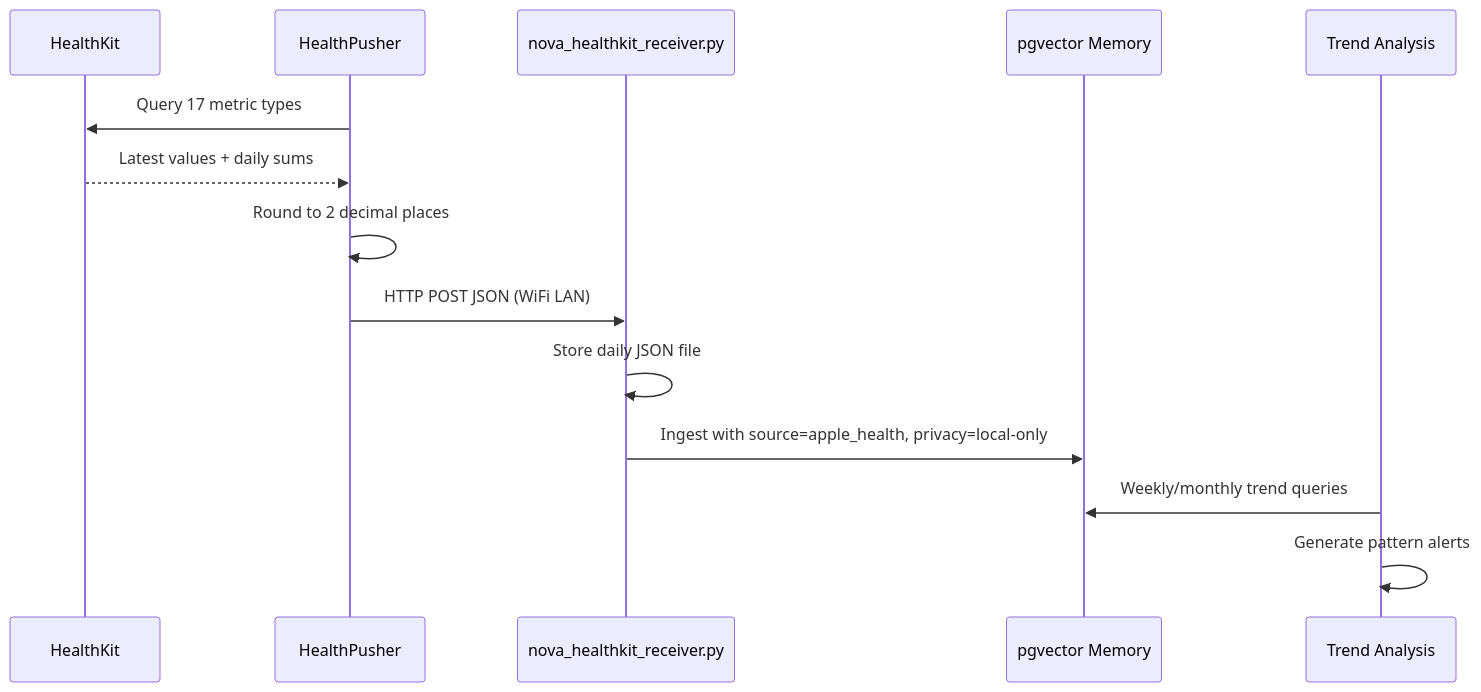
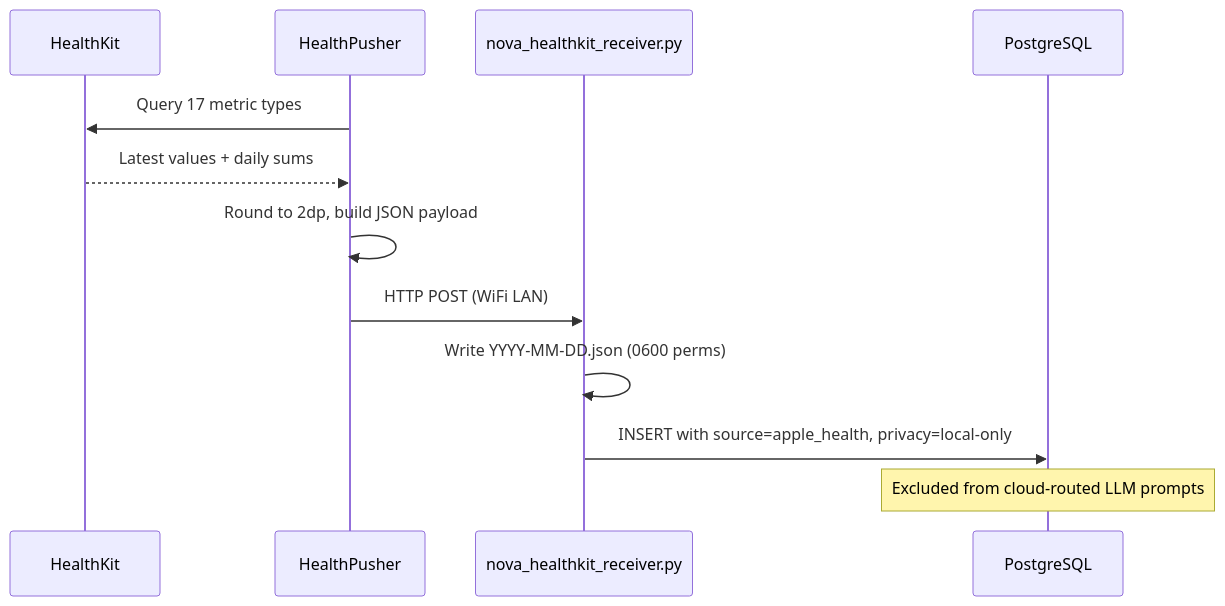
One commit to kochj23/NovaHealth changed the second of 2 diagrams in README.md. Above: the diagram before and after it, drawn with Mermaid. The commit also changed other lines of this file, not shown here.

Commit message:
docs: rewrite README — updated memory count to 1.48M, cleaner Mermaid diagrams

````diff
--- a/README.md
+++ b/README.md
@@ -42,17 +39,15 @@
 ```mermaid
 sequenceDiagram
     participant HealthKit
-    participant HealthPusher
-    participant Receiver as nova_healthkit_receiver.py
-    participant Memory as pgvector Memory
-    participant Correlation as Trend Analysis
+    participant Pusher as HealthPusher
+    participant Recv as nova_healthkit_receiver.py
+    participant PG as PostgreSQL
 
-    HealthPusher->>HealthKit: Query 17 metric types
-    HealthKit-->>HealthPusher: Latest values + daily sums
-    HealthPusher->>HealthPusher: Round to 2 decimal places
-    HealthPusher->>Receiver: HTTP POST JSON (WiFi LAN)
-    Receiver->>Receiver: Store daily JSON file
-    Receiver->>Memory: Ingest with source=apple_health, privacy=local-only
-    Correlation->>Memory: Weekly/monthly trend queries
-    Correlation->>Correlation: Generate pattern alerts
+    Pusher->>HealthKit: Query 17 metric types
+    HealthKit-->>Pusher: Latest values + daily sums
+    Pusher->>Pusher: Round to 2dp, build JSON payload
+    Pusher->>Recv: HTTP POST (WiFi LAN)
+    Recv->>Recv: Write YYYY-MM-DD.json (0600 perms)
+    Recv->>PG: INSERT with source=apple_health, privacy=local-only
+    Note over PG: Excluded from cloud-routed LLM prompts
 ```
````
